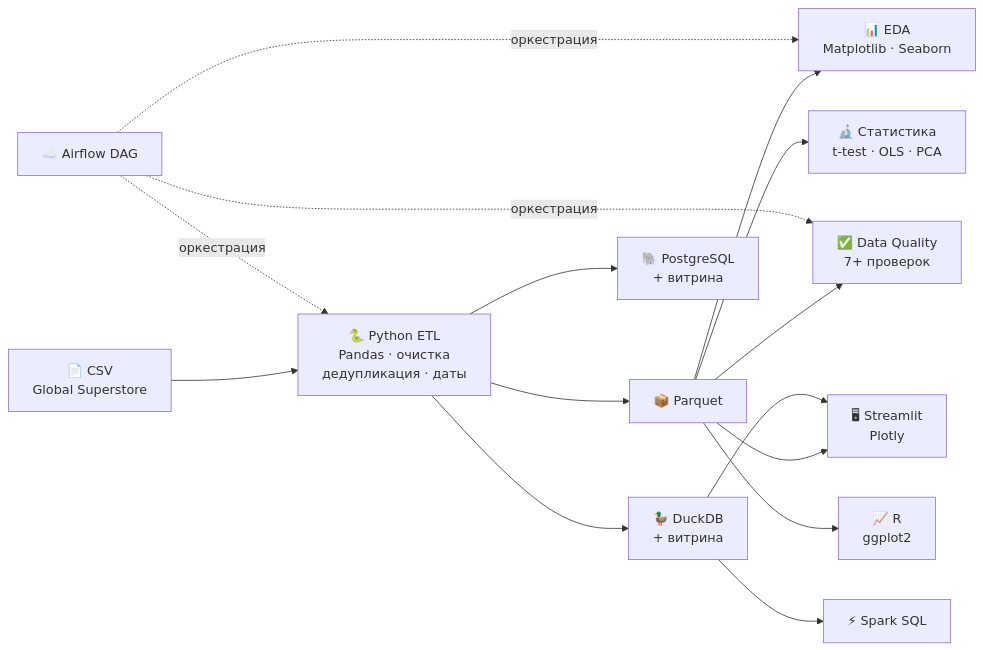
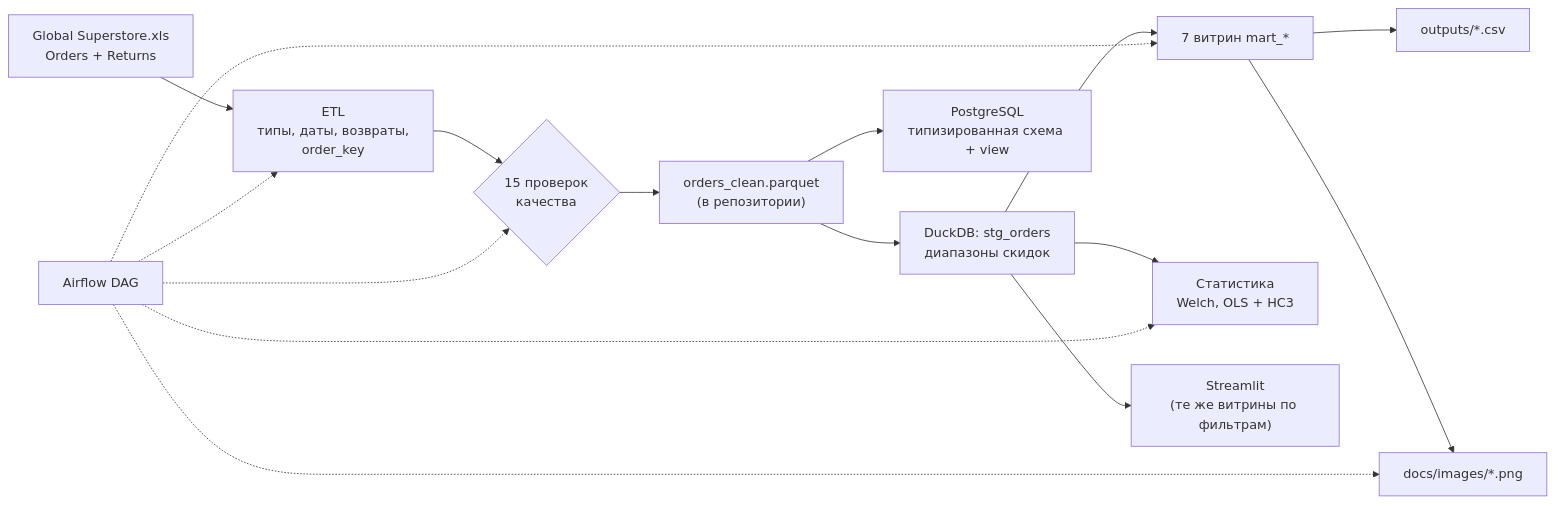
One commit to lllexalllepexa/testsomeshi changed the diagram in README.md. Above: the diagram before and after it, drawn with Mermaid. The commit also changed other lines of this file and 97 other files, not shown here.

````diff
--- a/README.md
+++ b/README.md
@@ -67,30 +87,14 @@
 ```mermaid
 flowchart LR
-    CSV["📄 CSV\nGlobal Superstore"]
-    ETL["🐍 Python ETL\nPandas · очистка\nдедупликация · даты"]
-    PQ["📦 Parquet"]
-    DDB["🦆 DuckDB\n+ витрина"]
-    PG["🐘 PostgreSQL\n+ витрина"]
-    QA["✅ Data Quality\n7+ проверок"]
-    EDA["📊 EDA\nMatplotlib · Seaborn"]
-    STATS["🔬 Статистика\nt-test · OLS · PCA"]
-    DASH["🖥 Streamlit\nPlotly"]
-    DAG["☁️ Airflow DAG"]
-    R["📈 R\nggplot2"]
-    SPARK["⚡ Spark SQL"]
-
-    CSV --> ETL
-    ETL --> PQ
-    ETL --> DDB
-    ETL --> PG
-    PQ --> QA
-    PQ --> EDA
-    PQ --> STATS
-    PQ --> DASH
-    PQ --> R
-    DDB --> DASH
-    DDB --> SPARK
-    DAG -.->|оркестрация| ETL
-    DAG -.->|оркестрация| EDA
-    DAG -.->|оркестрация| QA
+    XLS["Global Superstore.xls<br/>Orders + Returns"] --> ETL["ETL<br/>типы, даты, возвраты,<br/>order_key"]
+    ETL --> QA{"15 проверок<br/>качества"}
+    QA --> PQ["orders_clean.parquet<br/>(в репозитории)"]
+    PQ --> STG["DuckDB: stg_orders<br/>диапазоны скидок"]
+    STG --> MARTS["7 витрин mart_*"]
+    STG --> STATS["Статистика<br/>Welch, OLS + HC3"]
+    MARTS --> OUT["outputs/*.csv"]
+    MARTS --> FIG["docs/images/*.png"]
+    STG --> APP["Streamlit<br/>(те же витрины по фильтрам)"]
+    PQ --> PG["PostgreSQL<br/>типизированная схема + view"]
+    DAG["Airflow DAG"] -.-> ETL & QA & MARTS & STATS & FIG
 ```
````
